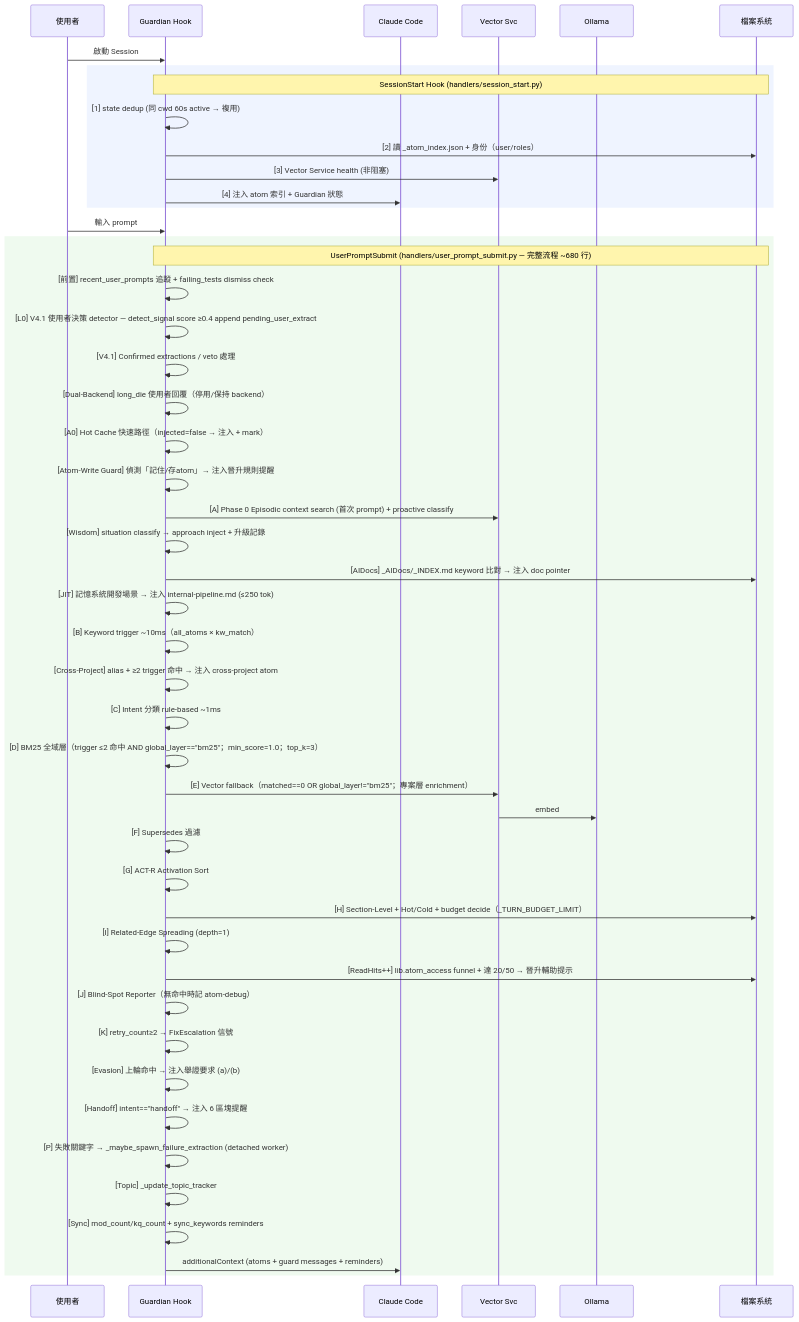
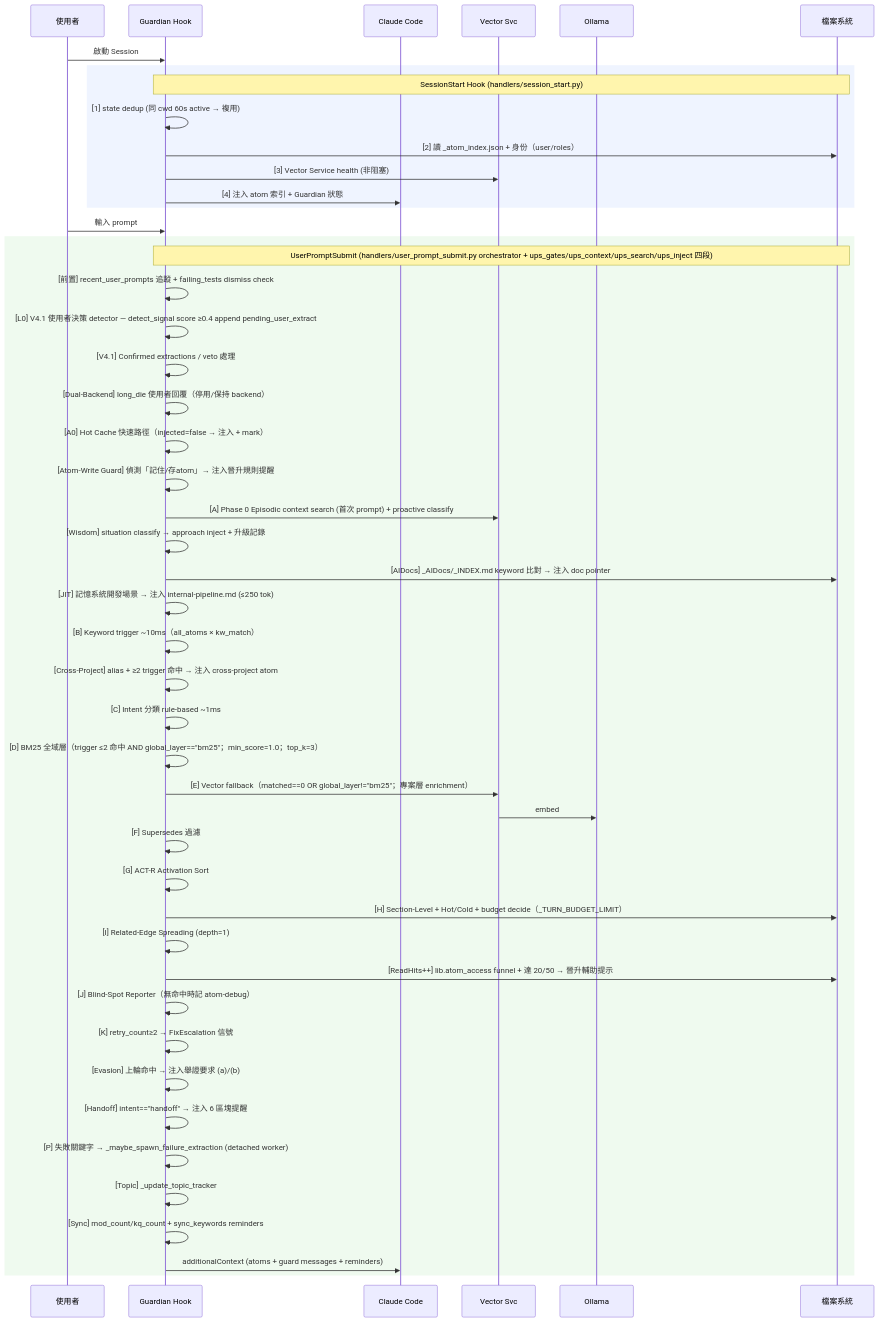
Before and after one commit to holylight1979/AtomicMemory-ClaudeCode: the first of 4 diagrams in TECH.md, drawn with Mermaid. The commit also changed other lines of this file and 30 other files, not shown here.

````diff
--- a/TECH.md
+++ b/TECH.md
@@ -365,52 +367,52 @@
 ```mermaid
 sequenceDiagram
     participant U as 使用者
     participant G as Guardian Hook
     participant C as Claude Code
     participant V as Vector Svc
     participant O as Ollama
     participant F as 檔案系統
 
     U->>G: 啟動 Session
     rect rgba(100,150,255,0.1)
         note over G,F: SessionStart Hook (handlers/session_start.py)
         G->>G: [1] state dedup (同 cwd 60s active → 複用)
         G->>F: [2] 讀 _atom_index.json + 身份（user/roles）
         G->>V: [3] Vector Service health (非阻塞)
         G->>C: [4] 注入 atom 索引 + Guardian 狀態
     end
 
     U->>G: 輸入 prompt
     rect rgba(100,200,100,0.1)
-        note over G,F: UserPromptSubmit (handlers/user_prompt_submit.py — 完整流程 ~680 行)
+        note over G,F: UserPromptSubmit (handlers/user_prompt_submit.py orchestrator + ups_gates/ups_context/ups_search/ups_inject 四段)
         G->>G: [前置] recent_user_prompts 追蹤 + failing_tests dismiss check
         G->>G: [L0] V4.1 使用者決策 detector — detect_signal score ≥0.4 append pending_user_extract
         G->>G: [V4.1] Confirmed extractions / veto 處理
         G->>G: [Dual-Backend] long_die 使用者回覆（停用/保持 backend）
         G->>G: [A0] Hot Cache 快速路徑（injected=false → 注入 + mark）
         G->>G: [Atom-Write Guard] 偵測「記住/存atom」→ 注入晉升規則提醒
         G->>V: [A] Phase 0 Episodic context search (首次 prompt) + proactive classify
         G->>G: [Wisdom] situation classify → approach inject + 升級記錄
         G->>F: [AIDocs] _AIDocs/_INDEX.md keyword 比對 → 注入 doc pointer
         G->>G: [JIT] 記憶系統開發場景 → 注入 internal-pipeline.md (≤250 tok)
         G->>G: [B] Keyword trigger ~10ms（all_atoms × kw_match）
         G->>G: [Cross-Project] alias + ≥2 trigger 命中 → 注入 cross-project atom
         G->>G: [C] Intent 分類 rule-based ~1ms
         G->>G: [D] BM25 全域層（trigger ≤2 命中 AND global_layer=="bm25"；min_score=1.0；top_k=3）
         G->>V: [E] Vector fallback（matched==0 OR global_layer!="bm25"；專案層 enrichment）
         V->>O: embed
         G->>G: [F] Supersedes 過濾
         G->>G: [G] ACT-R Activation Sort
         G->>F: [H] Section-Level + Hot/Cold + budget decide（_TURN_BUDGET_LIMIT）
         G->>G: [I] Related-Edge Spreading (depth=1)
         G->>F: [ReadHits++] lib.atom_access funnel + 達 20/50 → 晉升輔助提示
         G->>G: [J] Blind-Spot Reporter（無命中時記 atom-debug）
         G->>G: [K] retry_count≥2 → FixEscalation 信號
         G->>G: [Evasion] 上輪命中 → 注入舉證要求 (a)/(b)
         G->>G: [Handoff] intent=="handoff" → 注入 6 區塊提醒
         G->>G: [P] 失敗關鍵字 → _maybe_spawn_failure_extraction (detached worker)
         G->>G: [Topic] _update_topic_tracker
         G->>G: [Sync] mod_count/kq_count + sync_keywords reminders
         G->>C: additionalContext (atoms + guard messages + reminders)
     end
 ```
````
